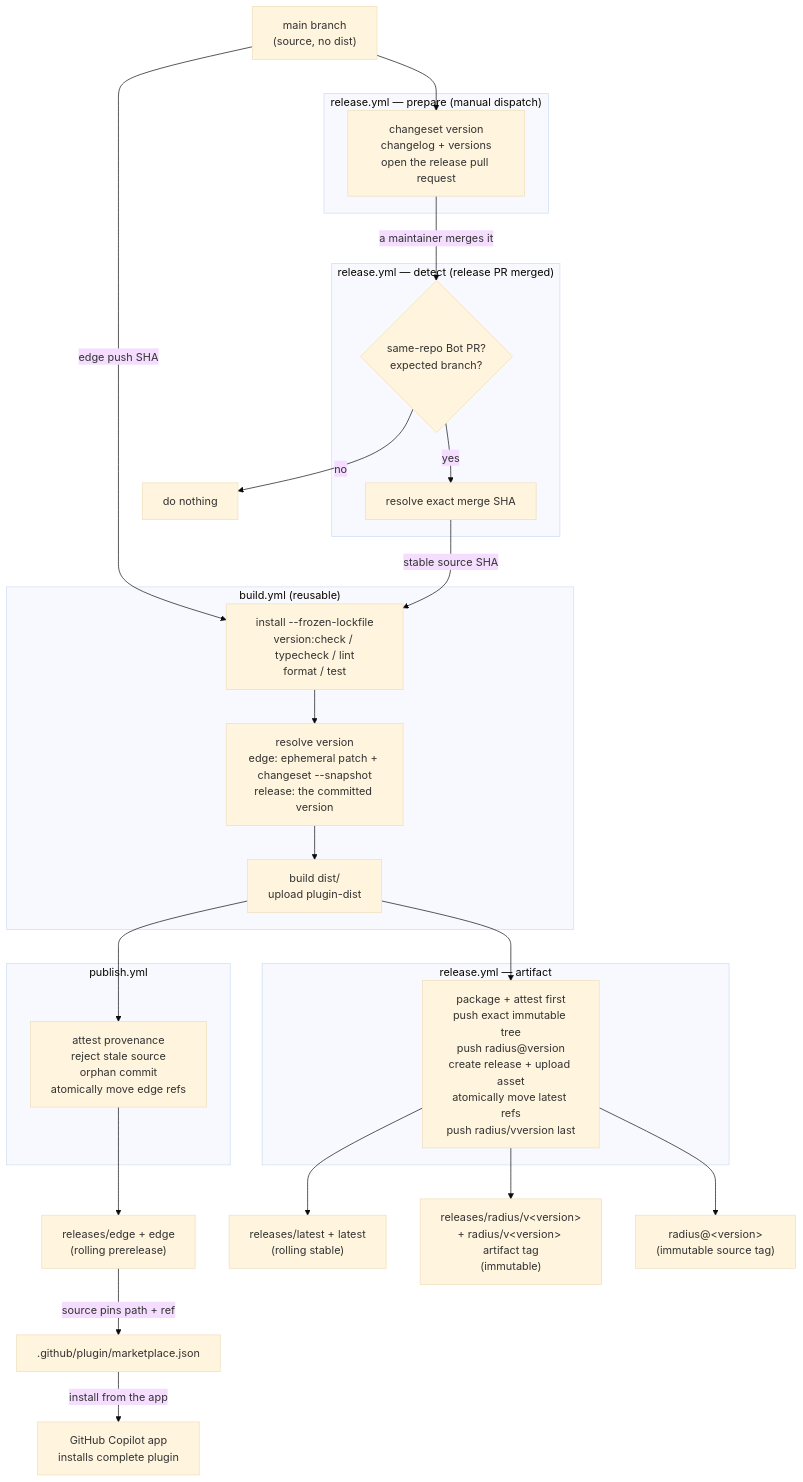
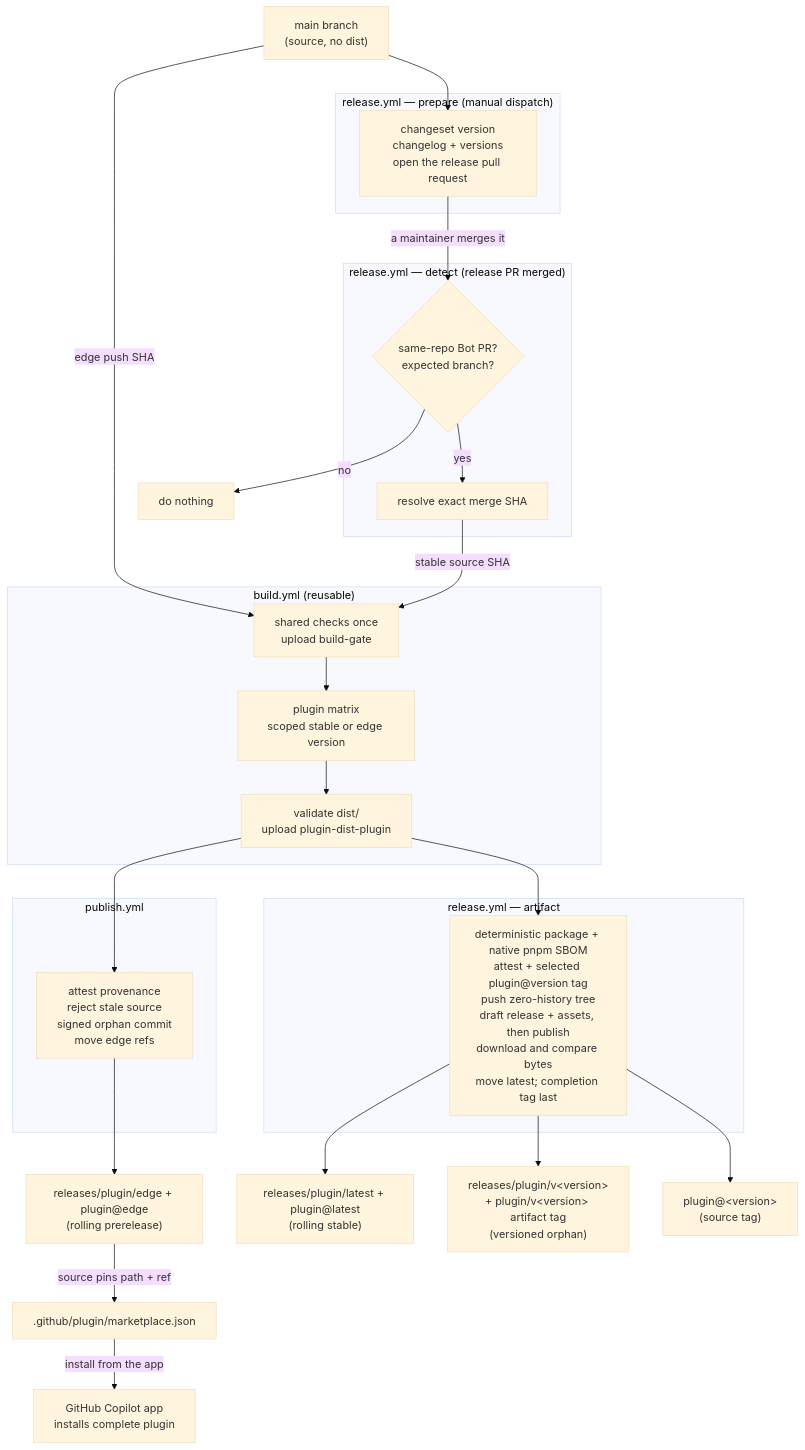
One commit to radius-project/ai-extensions changed the second of 2 diagrams in docs/architecture/plugin-packaging-and-publishing.md. Above: the diagram before and after it, drawn with Mermaid (base theme). The commit also changed other lines of this file and 30 other files, not shown here.

Commit message:
feat: introduce plugin management for versioning and release processes

````diff
--- a/docs/architecture/plugin-packaging-and-publishing.md
+++ b/docs/architecture/plugin-packaging-and-publishing.md
@@ -100,47 +107,47 @@
 ```mermaid
 graph TD
     Main["main branch<br/>(source, no dist)"]
 
     subgraph PrepWF["release.yml — prepare (manual dispatch)"]
         VersionPR["changeset version<br/>changelog + versions<br/>open the release pull request"]
     end
 
     subgraph DetectWF["release.yml — detect (release PR merged)"]
         Decide{"same-repo Bot PR?<br/>expected branch?"}
         Source["resolve exact merge SHA"]
     end
 
     Main --> VersionPR
     VersionPR -->|a maintainer merges it| Decide
     Decide -->|no| Nothing["do nothing"]
     Decide -->|yes| Source
 
     subgraph BuildWF["build.yml (reusable)"]
-        Checks["install --frozen-lockfile<br/>version:check / typecheck / lint<br/>format / test"]
-        Resolve["resolve version<br/>edge: ephemeral patch + changeset --snapshot<br/>release: the committed version"]
-        Artifact["build dist/<br/>upload plugin-dist"]
+        Checks["shared checks once<br/>upload build-gate"]
+        Resolve["plugin matrix<br/>scoped stable or edge version"]
+        Artifact["validate dist/<br/>upload plugin-dist-plugin"]
     end
 
     Main -->|edge push SHA| Checks
     Source -->|stable source SHA| Checks
     Checks --> Resolve --> Artifact
 
     subgraph EdgeWF["publish.yml"]
-        EdgePush["attest provenance<br/>reject stale source<br/>orphan commit<br/>atomically move edge refs"]
+        EdgePush["attest provenance<br/>reject stale source<br/>signed orphan commit<br/>move edge refs"]
     end
 
     subgraph RelWF["release.yml — artifact"]
-        RelPush["package + attest first<br/>push exact immutable tree<br/>push radius@version<br/>create release + upload asset<br/>atomically move latest refs<br/>push radius/vversion last"]
+        RelPush["deterministic package + native pnpm SBOM<br/>attest + selected plugin@version tag<br/>push zero-history tree<br/>draft release + assets, then publish<br/>download and compare bytes<br/>move latest; completion tag last"]
     end
 
     Artifact --> EdgePush
     Artifact --> RelPush
 
-    EdgePush --> Edge["releases/edge + edge<br/>(rolling prerelease)"]
-    RelPush --> Stable["releases/latest + latest<br/>(rolling stable)"]
-    RelPush --> Pinned["releases/radius/v&lt;version&gt;<br/>+ radius/v&lt;version&gt; artifact tag<br/>(immutable)"]
-    RelPush --> SourceTag["radius@&lt;version&gt;<br/>(immutable source tag)"]
+    EdgePush --> Edge["releases/plugin/edge + plugin@edge<br/>(rolling prerelease)"]
+    RelPush --> Stable["releases/plugin/latest + plugin@latest<br/>(rolling stable)"]
+    RelPush --> Pinned["releases/plugin/v&lt;version&gt;<br/>+ plugin/v&lt;version&gt; artifact tag<br/>(versioned orphan)"]
+    RelPush --> SourceTag["plugin@&lt;version&gt;<br/>(source tag)"]
 
     Edge -->|source pins path + ref| MP[".github/plugin/marketplace.json"]
     MP -->|install from the app| Install["GitHub Copilot app<br/>installs complete plugin"]
 ```
````
